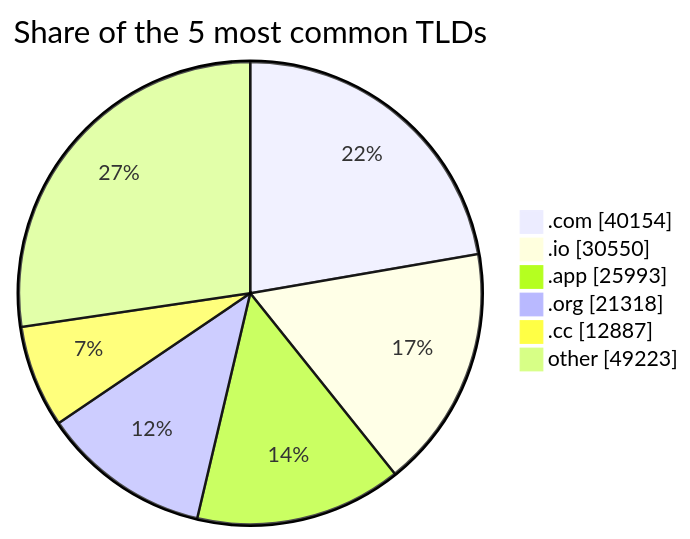
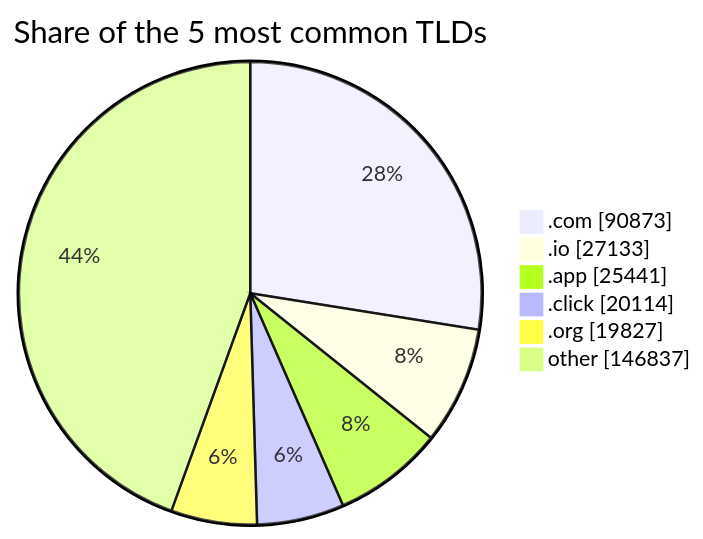
Before and after one commit to DNSBunker/CTI: the third of 3 diagrams in README.md, drawn with Mermaid. The commit also changed other lines of this file and 3 other files, not shown here.

````diff
--- a/README.md
+++ b/README.md
@@ -81,9 +81,9 @@
 ```mermaid
 pie showData title Share of the 5 most common TLDs
-    ".com" : 40154
-    ".io" : 30550
-    ".app" : 25993
-    ".org" : 21318
-    ".cc" : 12887
-    "other" : 49223
+    ".com" : 90873
+    ".io" : 27133
+    ".app" : 25441
+    ".click" : 20114
+    ".org" : 19827
+    "other" : 146837
 ```
````
